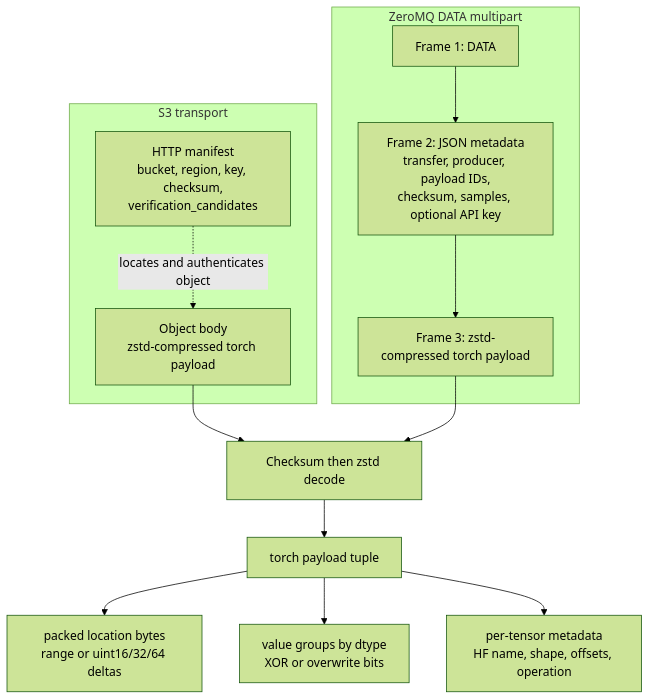
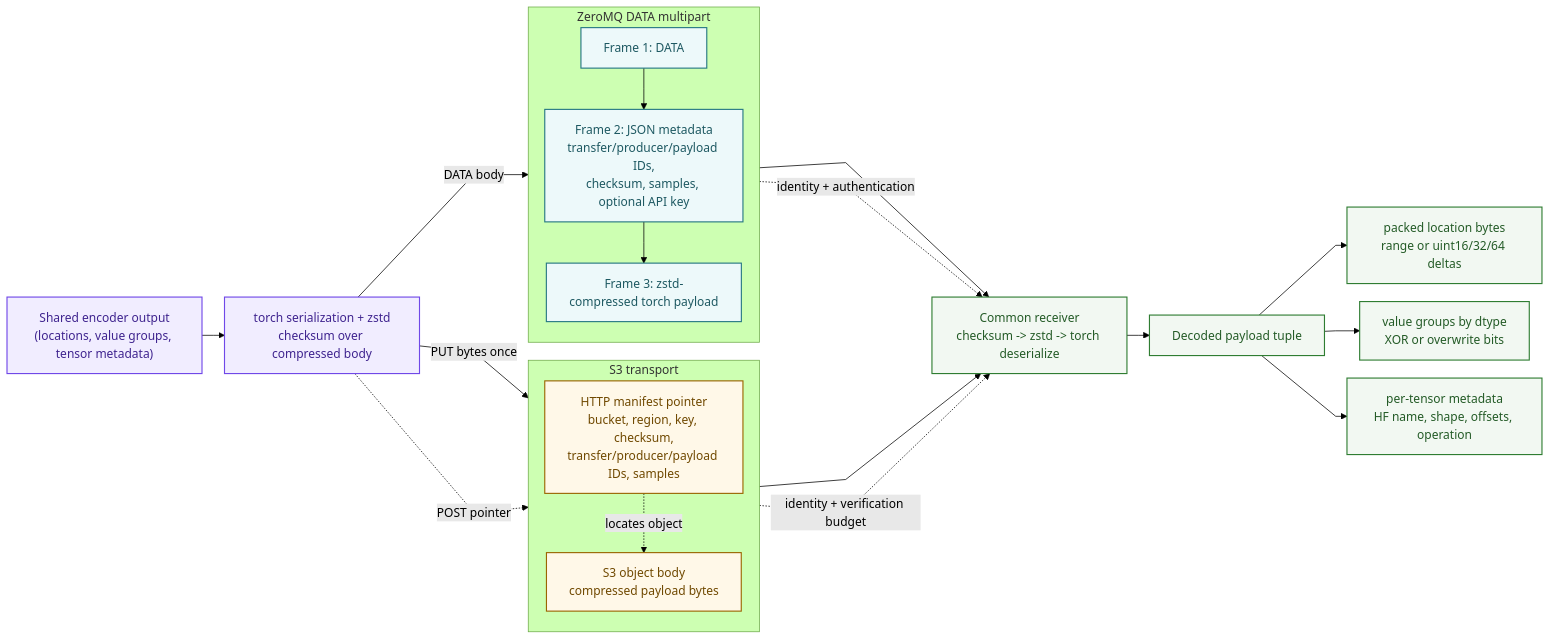
Before and after one commit to NVIDIA-NeMo/RL: the third of 3 diagrams in docs/design-docs/sparse-delta-refit.md, drawn with Mermaid (forest theme). The commit also changed other lines of this file, not shown here.

Commit message:
More detailed diagram in docs

````diff
--- a/docs/design-docs/sparse-delta-refit.md
+++ b/docs/design-docs/sparse-delta-refit.md
@@ -272,21 +378,43 @@
 ```mermaid
-flowchart TB
+%%{init: {"flowchart": {"curve": "linear", "nodeSpacing": 24, "rankSpacing": 30, "diagramPadding": 8}}}%%
+flowchart LR
+  CODEC["Shared encoder output<br/>(locations, value groups, tensor metadata)"]
+  SERIAL["torch serialization + zstd<br/>checksum over compressed body"]
+  CODEC --> SERIAL
+
   subgraph S3F["S3 transport"]
-    SO["Object body<br/>zstd-compressed torch payload"]
-    SM["HTTP manifest<br/>bucket, region, key, checksum,<br/>verification_candidates"]
+    direction TB
+    SO["S3 object body<br/>compressed payload bytes"]
+    SM["HTTP manifest pointer<br/>bucket, region, key, checksum,<br/>transfer/producer/payload IDs, samples"]
+    SM -. "locates object" .-> SO
   end
 
   subgraph ZF["ZeroMQ DATA multipart"]
+    direction TB
     ZK["Frame 1: DATA"]
-    ZM["Frame 2: JSON metadata<br/>transfer, producer, payload IDs,<br/>checksum, samples, optional API key"]
+    ZM["Frame 2: JSON metadata<br/>transfer/producer/payload IDs,<br/>checksum, samples, optional API key"]
     ZB["Frame 3: zstd-compressed torch payload"]
+    ZK --> ZM --> ZB
   end
 
-  SO --> DECOMP["Checksum then zstd decode"]
-  SM -. "locates and authenticates object" .-> SO
-  ZK --> ZM --> ZB --> DECOMP
-  DECOMP --> PT["torch payload tuple"]
+  SERIAL -->|PUT bytes once| SO
+  SERIAL -->|DATA body| ZB
+  SERIAL -. "POST pointer" .-> SM
+  SO --> COMMON["Common receiver<br/>checksum -> zstd -> torch deserialize"]
+  SM -. "identity + verification budget" .-> COMMON
+  ZB --> COMMON
+  ZM -. "identity + authentication" .-> COMMON
+  COMMON --> PT["Decoded payload tuple"]
   PT --> PI["packed location bytes<br/>range or uint16/32/64 deltas"]
   PT --> PV["value groups by dtype<br/>XOR or overwrite bits"]
   PT --> PM["per-tensor metadata<br/>HF name, shape, offsets, operation"]
+
+  classDef shared fill:#f1edff,stroke:#7048e8,color:#3f248f,stroke-width:1.5px
+  classDef s3 fill:#fff8e8,stroke:#9a6500,color:#704900,stroke-width:1.5px
+  classDef zmq fill:#edf9fa,stroke:#267783,color:#1e5962,stroke-width:1.5px
+  classDef decoded fill:#f2f8f2,stroke:#2f7d32,color:#245b27,stroke-width:1.5px
+  class CODEC,SERIAL shared
+  class SO,SM s3
+  class ZK,ZM,ZB zmq
+  class COMMON,PT,PI,PV,PM decoded
 ```
````
